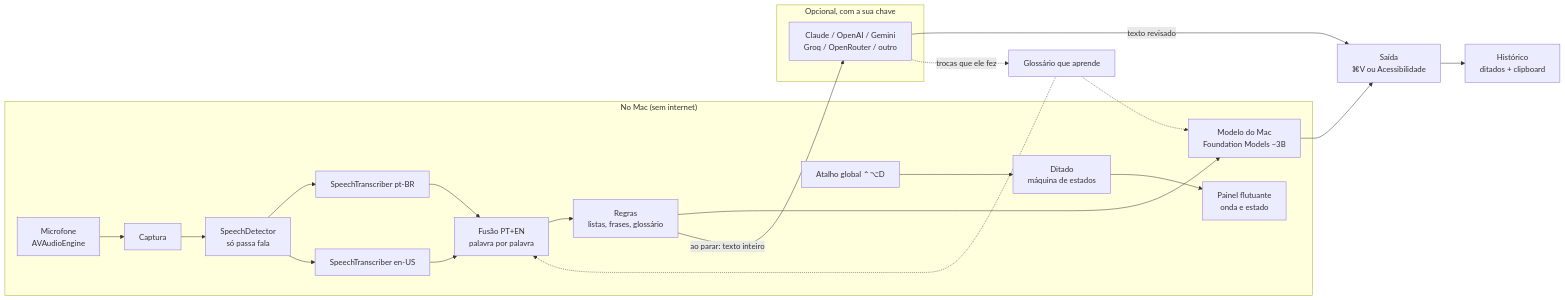
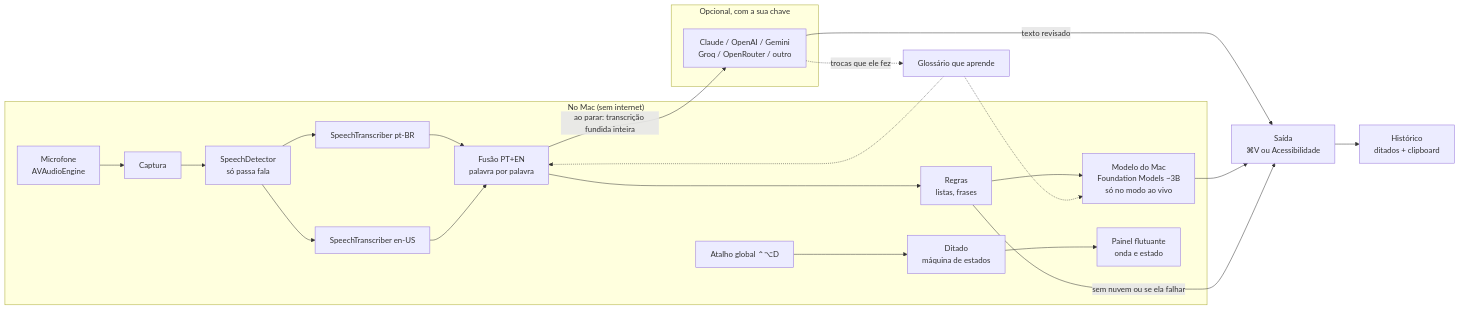
One commit to henriquebap/kanji-local-dictation changed the first of 2 diagrams in docs/ARQUITETURA.md. Above: the diagram before and after it, drawn with Mermaid. The commit also changed other lines of this file and 9 other files, not shown here.

````diff
--- a/docs/ARQUITETURA.md
+++ b/docs/ARQUITETURA.md
@@ -11,25 +11,26 @@
 ```mermaid
 flowchart LR
     subgraph Mac["No Mac (sem internet)"]
         A[Atalho global ⌃⌥D] --> D[Ditado<br/>máquina de estados]
         M[Microfone<br/>AVAudioEngine] --> C[Captura]
         C --> SD[SpeechDetector<br/>só passa fala]
         SD --> PT[SpeechTranscriber pt-BR]
         SD --> EN[SpeechTranscriber en-US]
         PT --> F[Fusão PT+EN<br/>palavra por palavra]
         EN --> F
-        F --> R[Regras<br/>listas, frases, glossário]
-        R --> L[Modelo do Mac<br/>Foundation Models ~3B]
+        F --> R[Regras<br/>listas, frases]
+        R --> L[Modelo do Mac<br/>Foundation Models ~3B<br/>só no modo ao vivo]
         D --> P[Painel flutuante<br/>onda e estado]
     end
     subgraph Nuvem["Opcional, com a sua chave"]
         N[Claude / OpenAI / Gemini<br/>Groq / OpenRouter / outro]
     end
-    R -- "ao parar: texto inteiro" --> N
+    F -- "ao parar: transcrição fundida inteira" --> N
     N -- "texto revisado" --> S
     L --> S[Saída<br/>⌘V ou Acessibilidade]
+    R -- "sem nuvem ou se ela falhar" --> S
     N -. "trocas que ele fez" .-> G[Glossário que aprende]
     G -.-> F
     G -.-> L
     S --> H[Histórico<br/>ditados + clipboard]
 ```
````
